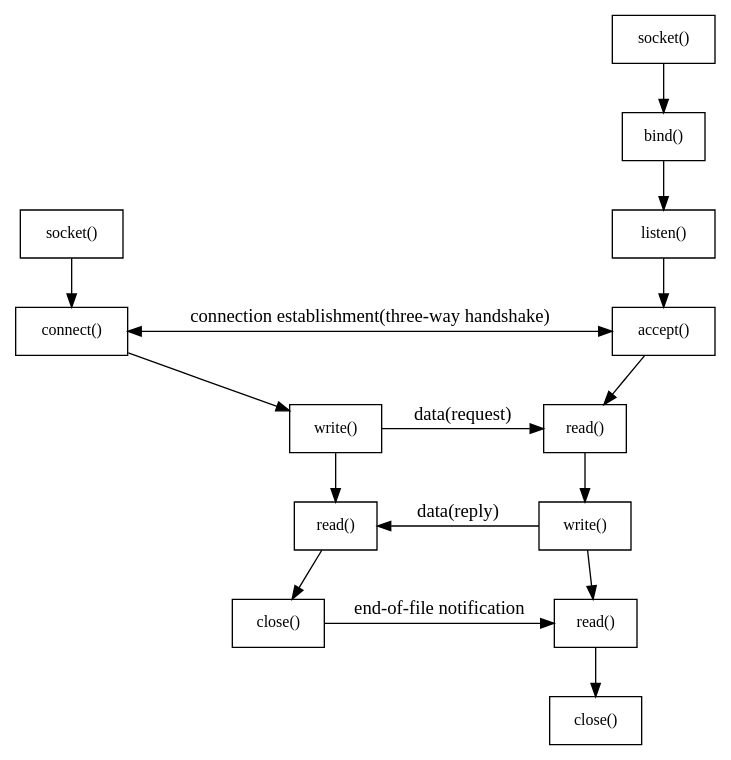
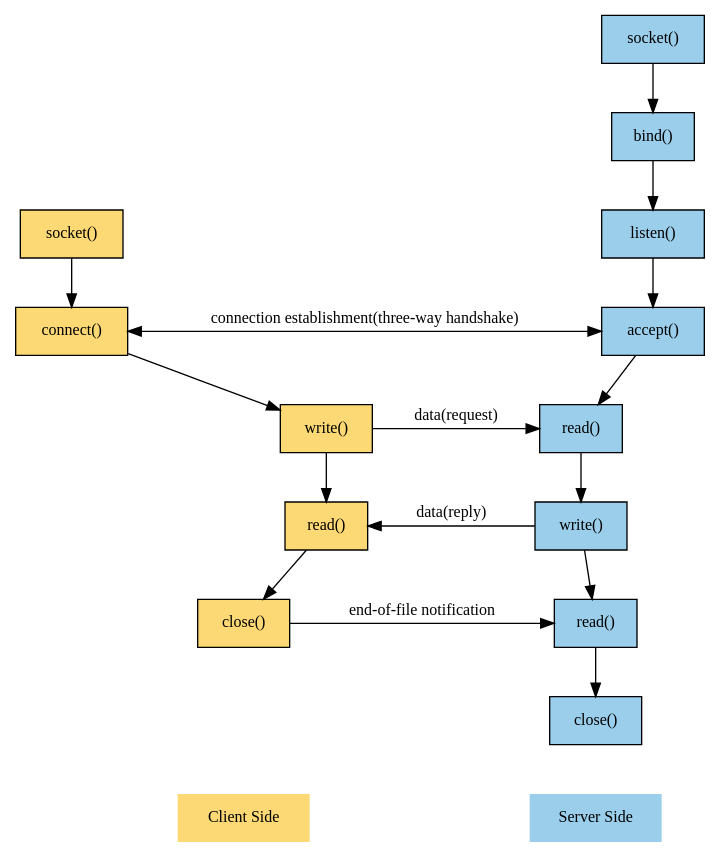
The diagram in unp/tcp_call_list.dot (harrifeng/dot_summary), drawn with Graphviz before and after one commit. The commit also changed 1 other file, not shown here.

```diff
--- a/unp/tcp_call_list.dot
+++ b/unp/tcp_call_list.dot
@@ -1,49 +1,55 @@
 digraph s {
     splines=line;
-    node[shape="box",fontname="Consolas,Monaca", fontsize="12"];
+    edge[fontname="Consolas,Monaca",fontsize="12"];
     subgraph cluster_c {
-        
+    node[shape="box",fontname="Consolas,Monaca", fontsize="12", style=filled, fillcolor="#FCD975"];
+
     node_c_1[style="invis", label="()"];
     node_c_2[style="invis", label="()"];
     node_c_8[style="invis", label="()"];
-    
-    node_c_3[label="socket()"];    
-    node_c_4[label="connect()"];    
-    node_c_5[label="write()"];    
-    node_c_6[label="read()"];    
-    node_c_7[label="close()"];    
+
+    node_c_3[label="socket()"];
+    node_c_4[label="connect()"];
+    node_c_5[label="write()"];
+    node_c_6[label="read()"];
+    node_c_7[label="close()"];
+    node_c_9[shape="none" label="Client Side"];
 
     node_c_1->node_c_2->node_c_3[style="invis"];
     node_c_3->node_c_4->node_c_5->node_c_6->node_c_7;
-    node_c_7->node_c_8[style="invis"];
+    node_c_7->node_c_8->node_c_9[style="invis"];
     }
 
     subgraph cluster_s {
     label="server side";
-    
+    node[shape="box",fontname="Consolas,Monaca", fontsize="12", style=filled, fillcolor="#9ACEEB"];
     node_s_1[label="socket()"];
-    node_s_2[label="bind()"];    
-    node_s_3[label="listen()"];    
-    node_s_4[label="accept()"];    
-    node_s_5[label="read()"];    
-    node_s_6[label="write()"];    
-    node_s_7[label="read()"];    
+    node_s_2[label="bind()"];
+    node_s_3[label="listen()"];
+    node_s_4[label="accept()"];
+    node_s_5[label="read()"];
+    node_s_6[label="write()"];
+    node_s_7[label="read()"];
     node_s_8[label="close()"];
+    node_s_9[shape="none" label="Server Side"];
 
     node_s_1->node_s_2->node_s_3->node_s_4->node_s_5->node_s_6->node_s_7->node_s_8;
+    node_s_8->node_s_9[style="invis"];
+
 }
 
 node_c_4 -> node_s_4[dir="both", label="connection establishment(three-way handshake)", constraient=false];
 node_c_5 -> node_s_5[label="data(request)", constraient=false];
 node_c_6 -> node_s_6[dir="back", label="data(reply)", constraient=false];
 node_c_7 -> node_s_7[label="end-of-file notification", constraient=false];
 
 {rank=same node_c_1 node_s_1}
-{rank=same node_c_2 node_s_2}    
-{rank=same node_c_3 node_s_3}    
-{rank=same node_c_4 node_s_4}    
-{rank=same node_c_5 node_s_5}    
-{rank=same node_c_6 node_s_6}    
-{rank=same node_c_7 node_s_7}    
-{rank=same node_c_8 node_s_8}    
+{rank=same node_c_2 node_s_2}
+{rank=same node_c_3 node_s_3}
+{rank=same node_c_4 node_s_4}
+{rank=same node_c_5 node_s_5}
+{rank=same node_c_6 node_s_6}
+{rank=same node_c_7 node_s_7}
+{rank=same node_c_8 node_s_8}
+{rank=same node_c_9 node_s_9}
 }
```
